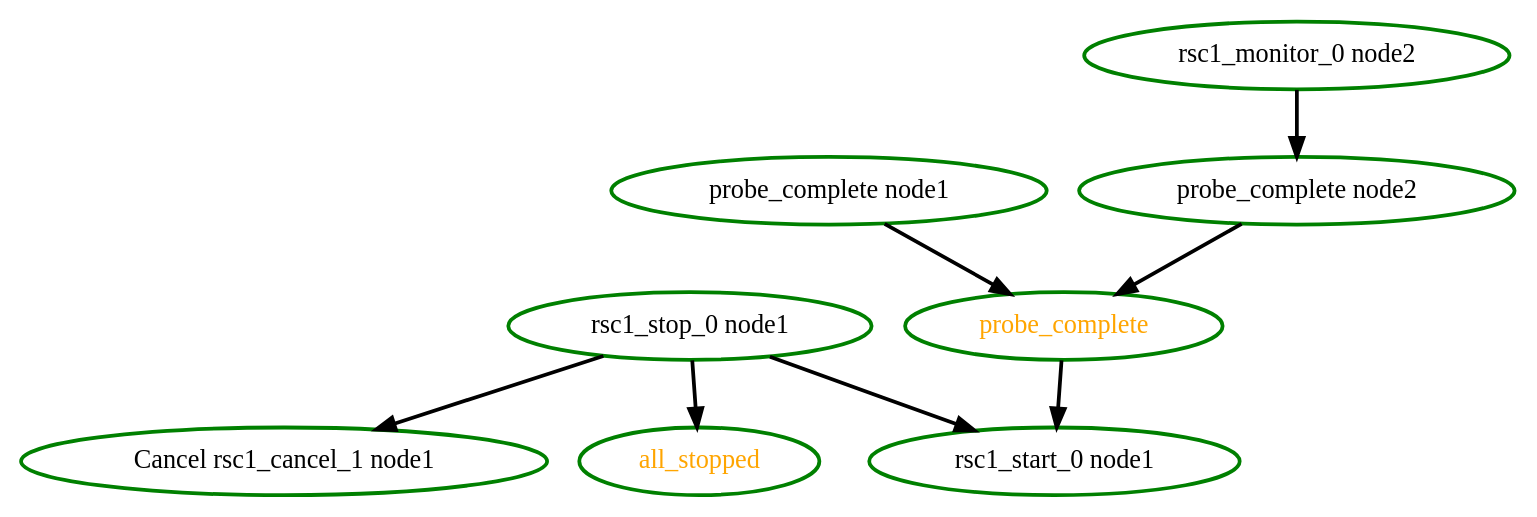
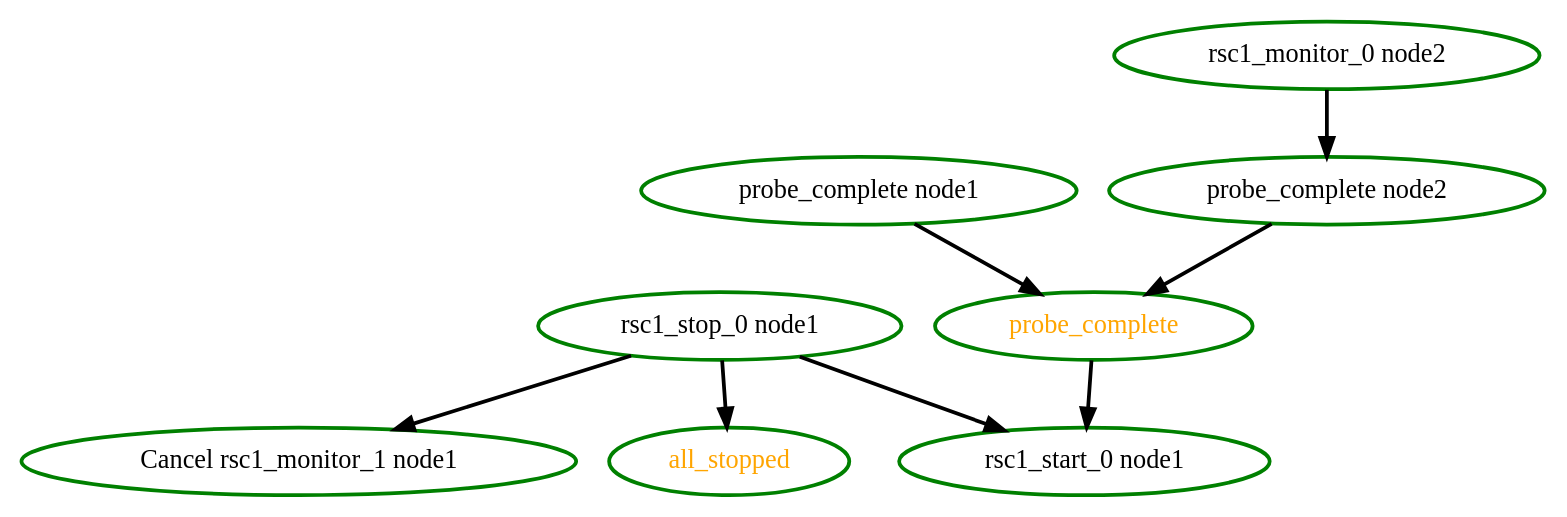
Before and after one commit to linux-ha-japan/pm_diskd: the diagram in pengine/testcases/rec-rsc-2.dot, drawn with Graphviz. The commit also changed 8 other files, not shown here.

```diff
--- a/pengine/testcases/rec-rsc-2.dot
+++ b/pengine/testcases/rec-rsc-2.dot
@@ -1,17 +1,17 @@
  digraph "g" {
-"Cancel rsc1_cancel_1 node1" [ style=bold color="green" fontcolor="black"  ]
+"Cancel rsc1_monitor_1 node1" [ style=bold color="green" fontcolor="black"  ]
 "all_stopped" [ style=bold color="green" fontcolor="orange"  ]
 "probe_complete node1" -> "probe_complete" [ style = bold]
 "probe_complete node1" [ style=bold color="green" fontcolor="black" ]
 "probe_complete node2" -> "probe_complete" [ style = bold]
 "probe_complete node2" [ style=bold color="green" fontcolor="black" ]
 "probe_complete" -> "rsc1_start_0 node1" [ style = bold]
 "probe_complete" [ style=bold color="green" fontcolor="orange" ]
 "rsc1_monitor_0 node2" -> "probe_complete node2" [ style = bold]
 "rsc1_monitor_0 node2" [ style=bold color="green" fontcolor="black" ]
 "rsc1_start_0 node1" [ style=bold color="green" fontcolor="black" ]
-"rsc1_stop_0 node1" -> "Cancel rsc1_cancel_1 node1" [ style = bold]
+"rsc1_stop_0 node1" -> "Cancel rsc1_monitor_1 node1" [ style = bold]
 "rsc1_stop_0 node1" -> "all_stopped" [ style = bold]
 "rsc1_stop_0 node1" -> "rsc1_start_0 node1" [ style = bold]
 "rsc1_stop_0 node1" [ style=bold color="green" fontcolor="black" ]
 }
```
